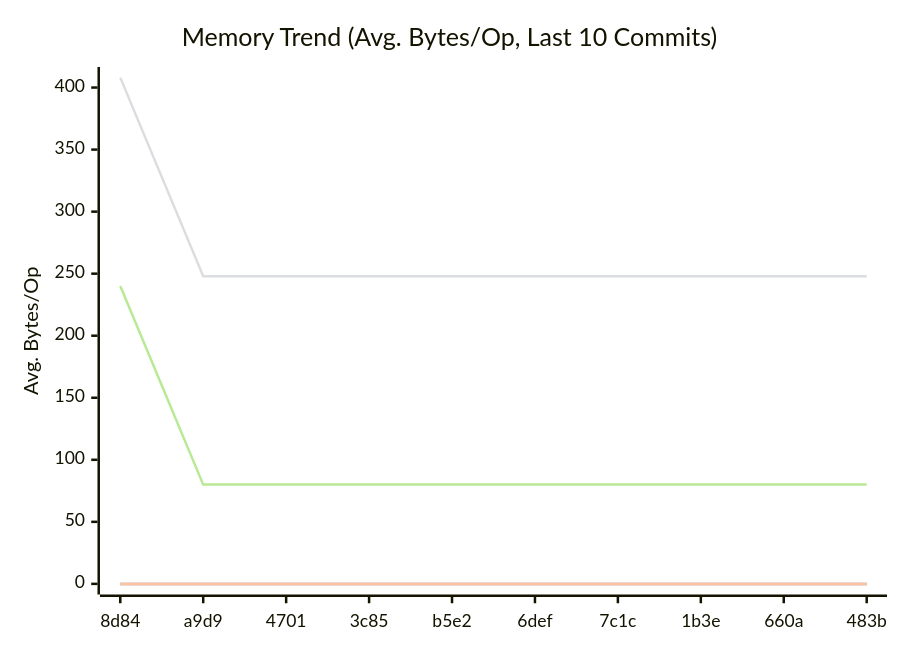
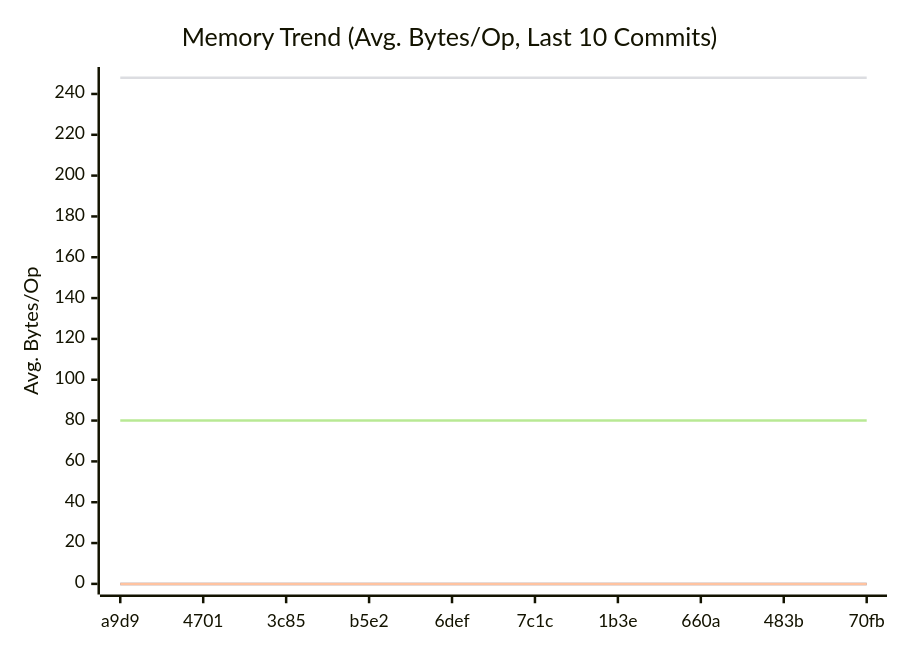
The second of 3 diagrams in doc/README.md (alsotoes/momo), drawn with Mermaid before and after one commit. The commit also changed other lines of this file and 1 other file, not shown here.

````diff
--- a/doc/README.md
+++ b/doc/README.md
@@ -303,12 +303,12 @@
 ```mermaid
 xychart-beta
     title "Memory Trend (Avg. Bytes/Op, Last 10 Commits)"
     x-axis "Commit"
     y-axis "Avg. Bytes/Op"
-    x-axis [8d84,a9d9,4701,3c85,b5e2,6def,7c1c,1b3e,660a,483b]
+    x-axis [a9d9,4701,3c85,b5e2,6def,7c1c,1b3e,660a,483b,70fb]
     line "CheckMetricsAndSwap" [0,0,0,0,0,0,0,0,0,0]
     line "IndexDirectTracking" [0,0,0,0,0,0,0,0,0,0]
     line "IndexSearch" [0,0,0,0,0,0,0,0,0,0]
-    line "ParseReplicationOrder_NoPrealloc" [408,248,248,248,248,248,248,248,248,248]
-    line "ParseReplicationOrder_Prealloc" [240,80,80,80,80,80,80,80,80,80]
+    line "ParseReplicationOrder_NoPrealloc" [248,248,248,248,248,248,248,248,248,248]
+    line "ParseReplicationOrder_Prealloc" [80,80,80,80,80,80,80,80,80,80]
 ```
````
